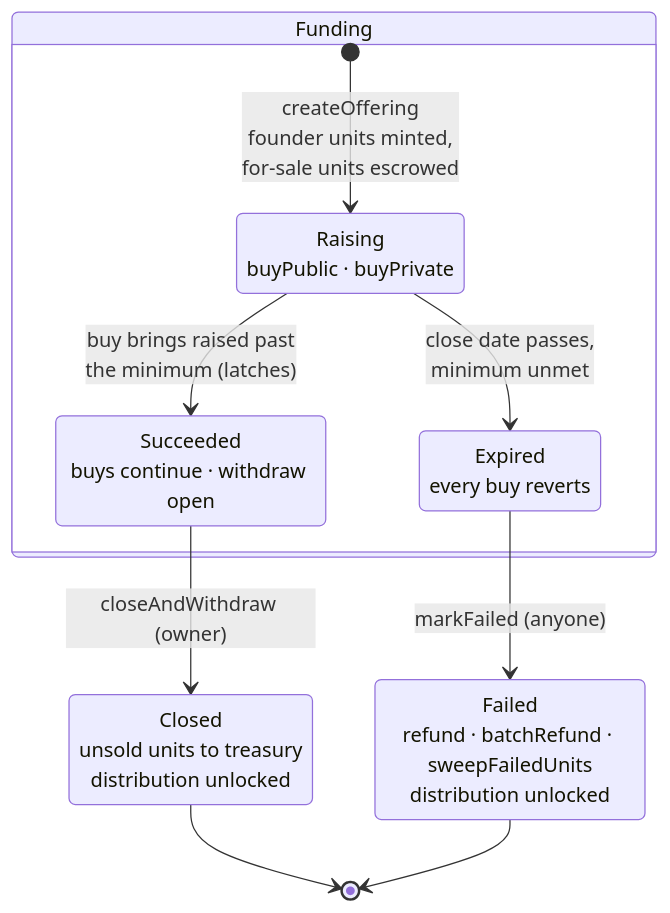
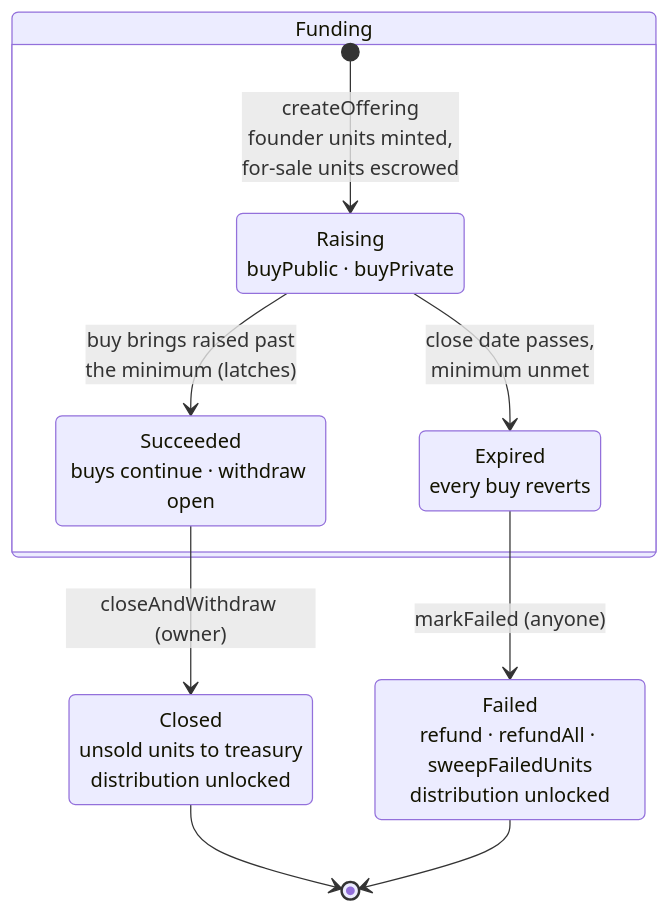
One commit to 0xSplits/pact changed the diagram in contracts/docs/contracts.md. Above: the diagram before and after it, drawn with Mermaid. The commit also changed 76 other files, not shown here.

````diff
--- a/contracts/docs/contracts.md
+++ b/contracts/docs/contracts.md
@@ -126,23 +126,23 @@
 ```mermaid
 stateDiagram-v2
     direction TB
 
     state Funding {
         direction TB
         state "Raising<br/>buyPublic · buyPrivate" as Raising
         state "Succeeded<br/>buys continue · withdraw open" as Succeeded
         state "Expired<br/>every buy reverts" as Expired
 
         [*] --> Raising : createOffering<br/>founder units minted,<br/>for-sale units escrowed
         Raising --> Succeeded : buy brings raised past<br/>the minimum (latches)
         Raising --> Expired : close date passes,<br/>minimum unmet
     }
 
     state "Closed<br/>unsold units to treasury<br/>distribution unlocked" as Closed
-    state "Failed<br/>refund · batchRefund · sweepFailedUnits<br/>distribution unlocked" as Failed
+    state "Failed<br/>refund · refundAll · sweepFailedUnits<br/>distribution unlocked" as Failed
 
     Succeeded --> Closed : closeAndWithdraw (owner)
     Expired --> Failed : markFailed (anyone)
     Closed --> [*]
     Failed --> [*]
 ```
````
